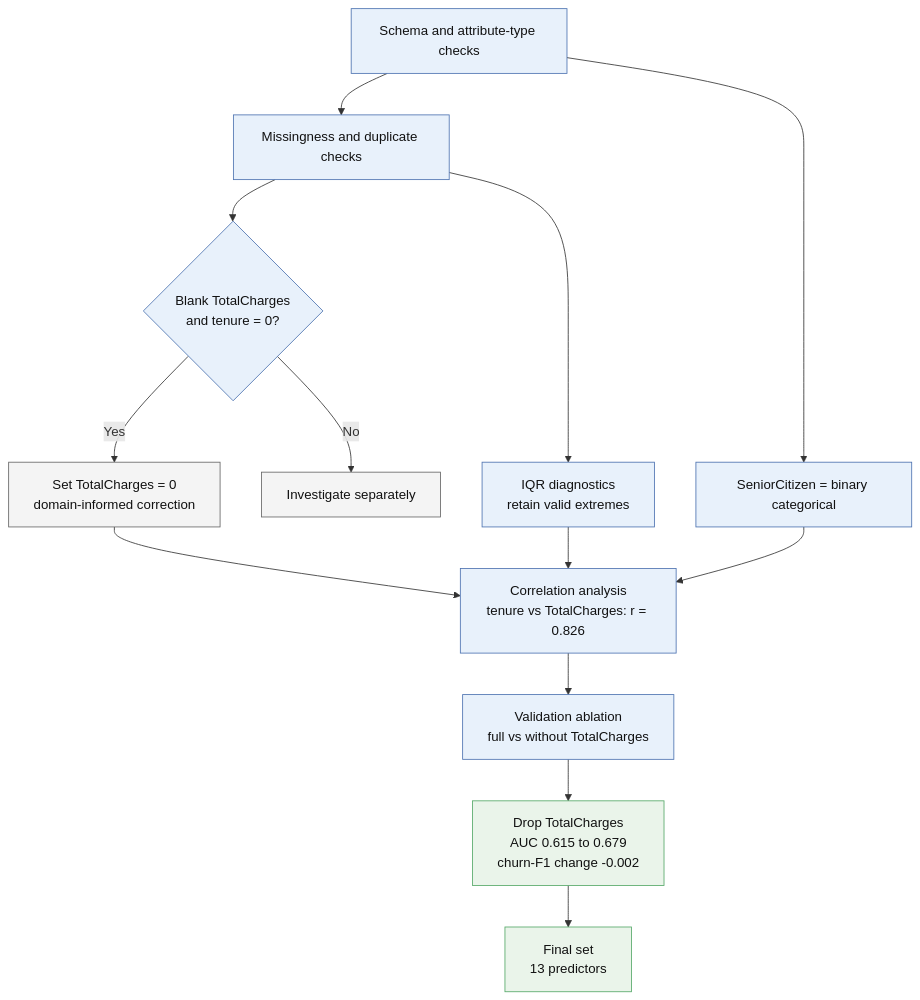
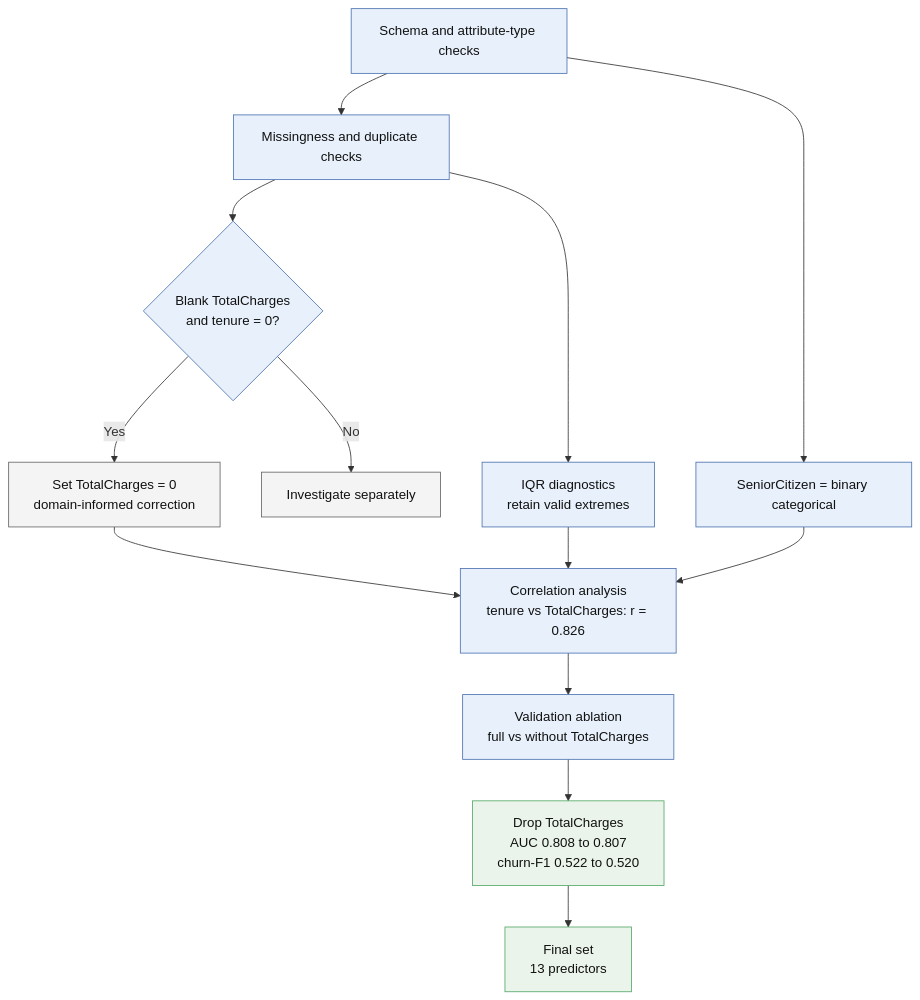
The diagram in 2026-T2/BDA/assignments/Assessment2/report/figures/fig2-quality-feature-selection.mmd (lfariabr/masters-swe-ai), drawn with Mermaid before and after one commit. The commit also changed 7 other files, not shown here.

```diff
--- a/2026-T2/BDA/assignments/Assessment2/report/figures/fig2-quality-feature-selection.mmd
+++ b/2026-T2/BDA/assignments/Assessment2/report/figures/fig2-quality-feature-selection.mmd
@@ -1,20 +1,20 @@
 flowchart TB
     A["Schema and attribute-type checks"] --> B["Missingness and duplicate checks"]
     B --> C{"Blank TotalCharges<br/>and tenure = 0?"}
     C -->|Yes| D["Set TotalCharges = 0<br/>domain-informed correction"]
     C -->|No| E["Investigate separately"]
     A --> F["SeniorCitizen = binary categorical"]
     B --> G["IQR diagnostics<br/>retain valid extremes"]
     D --> H["Correlation analysis<br/>tenure vs TotalCharges: r = 0.826"]
     F --> H
     G --> H
     H --> I["Validation ablation<br/>full vs without TotalCharges"]
-    I --> J["Drop TotalCharges<br/>AUC 0.615 to 0.679<br/>churn-F1 change -0.002"]
+    I --> J["Drop TotalCharges<br/>AUC 0.808 to 0.807<br/>churn-F1 0.522 to 0.520"]
     J --> K["Final set<br/>13 predictors"]
 
     classDef check fill:#E8F1FB,stroke:#4C72B0,color:#111;
     classDef action fill:#F4F4F4,stroke:#666,color:#111;
     classDef outcome fill:#EAF4EA,stroke:#55A868,color:#111;
     class A,B,C,F,G,H,I check;
     class D,E action;
     class J,K outcome;
```
